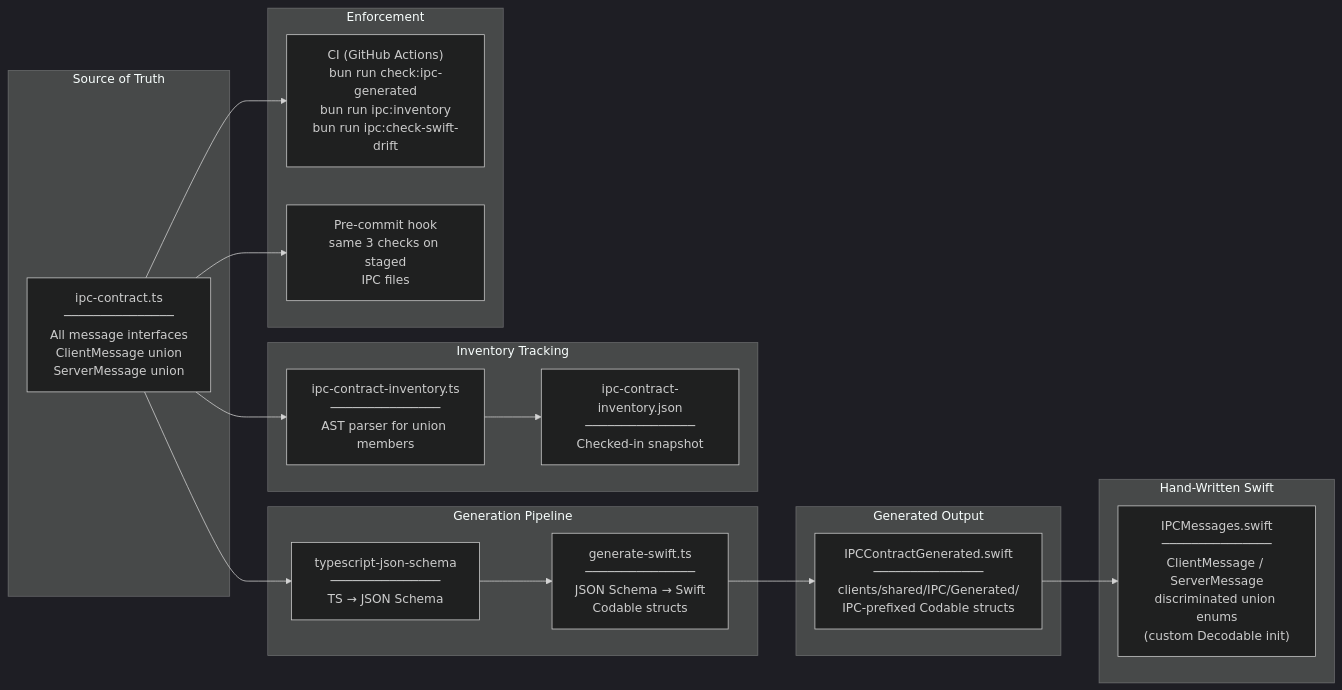
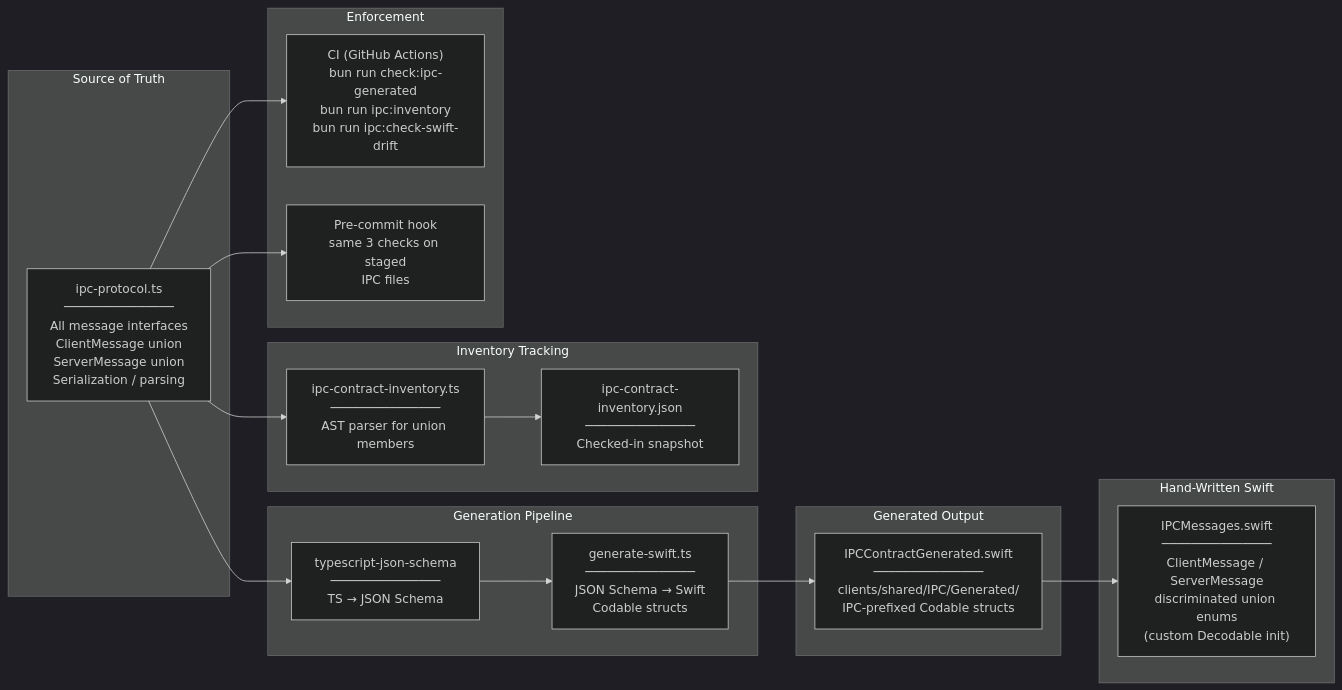
Before and after one commit to vellum-ai/vellum-assistant: the third of 20 diagrams in assistant/ARCHITECTURE.md, drawn with Mermaid (dark theme). The commit also changed other lines of this file and 12 other files, not shown here.

First line of the commit message:
refactor: inline ipc-contract.ts into ipc-protocol.ts

````diff
--- a/assistant/ARCHITECTURE.md
+++ b/assistant/ARCHITECTURE.md
@@ -791,40 +791,40 @@
 ```mermaid
 graph LR
     subgraph "Source of Truth"
-        CONTRACT["ipc-contract.ts<br/>───────────────<br/>All message interfaces<br/>ClientMessage union<br/>ServerMessage union"]
+        CONTRACT["ipc-protocol.ts<br/>───────────────<br/>All message interfaces<br/>ClientMessage union<br/>ServerMessage union<br/>Serialization / parsing"]
     end
 
     subgraph "Generation Pipeline"
         TJS["typescript-json-schema<br/>───────────────<br/>TS → JSON Schema"]
         GEN["generate-swift.ts<br/>───────────────<br/>JSON Schema → Swift<br/>Codable structs"]
     end
 
     subgraph "Generated Output"
         SWIFT["IPCContractGenerated.swift<br/>───────────────<br/>clients/shared/IPC/Generated/<br/>IPC-prefixed Codable structs"]
     end
 
     subgraph "Hand-Written Swift"
         ENUMS["IPCMessages.swift<br/>───────────────<br/>ClientMessage / ServerMessage<br/>discriminated union enums<br/>(custom Decodable init)"]
     end
 
     subgraph "Inventory Tracking"
         INV_SRC["ipc-contract-inventory.ts<br/>───────────────<br/>AST parser for union members"]
         INV_SNAP["ipc-contract-inventory.json<br/>───────────────<br/>Checked-in snapshot"]
     end
 
     subgraph "Enforcement"
         CI["CI (GitHub Actions)<br/>bun run check:ipc-generated<br/>bun run ipc:inventory<br/>bun run ipc:check-swift-drift"]
         HOOK["Pre-commit hook<br/>same 3 checks on staged<br/>IPC files"]
     end
 
     CONTRACT --> TJS
     TJS --> GEN
     GEN --> SWIFT
     SWIFT --> ENUMS
 
     CONTRACT --> INV_SRC
     INV_SRC --> INV_SNAP
 
     CONTRACT --> CI
     CONTRACT --> HOOK
 ```
````
